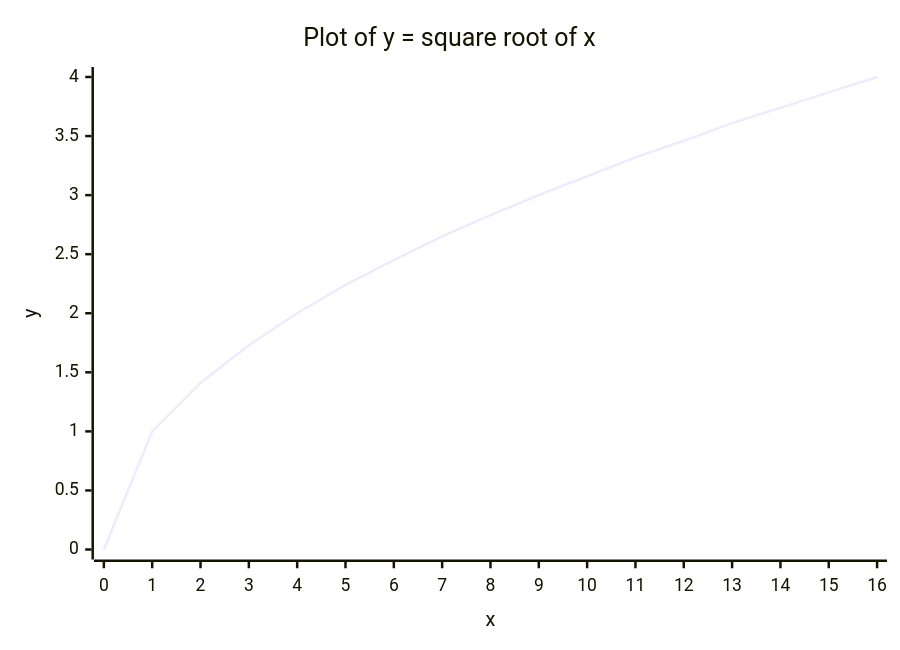
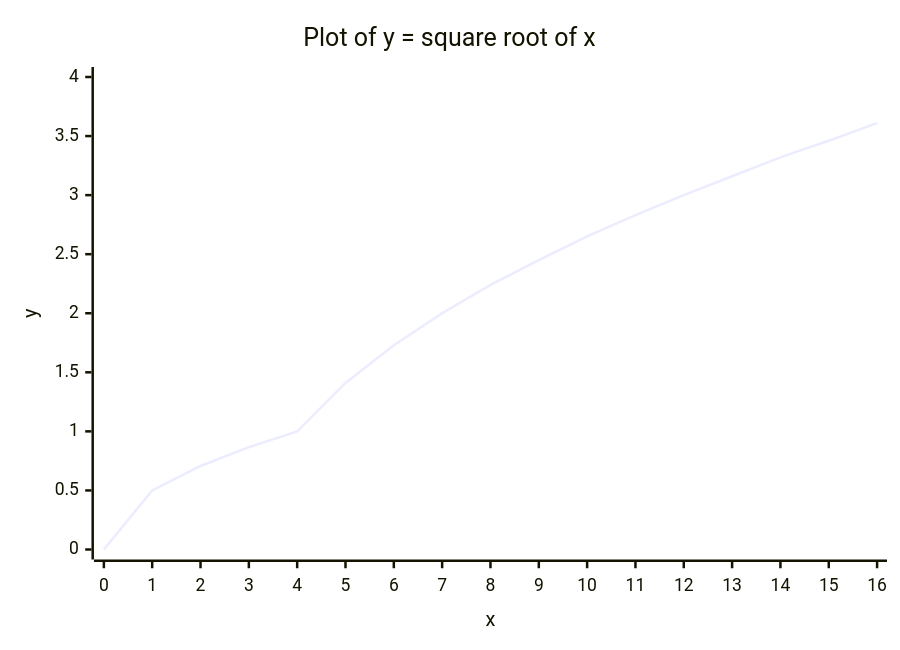
Before and after one commit to wayne-whitley/simple-initial-repository: the diagram in README.md, drawn with Mermaid. The commit also changed other lines of this file, not shown here.

````diff
--- a/README.md
+++ b/README.md
@@ -7,7 +7,7 @@
 ```mermaid
 xychart-beta
     title "Plot of y = square root of x"
     x-axis "x" [0, 1, 2, 3, 4, 5, 6, 7, 8, 9, 10, 11, 12, 13, 14, 15, 16]
     y-axis "y" 0 --> 4
-    line [0.0, 1.0, 1.41, 1.73, 2.0, 2.24, 2.45, 2.65, 2.83, 3.0, 3.16, 3.32, 3.46, 3.61, 3.74, 3.87, 4.0]
+    line [0, 0.5, 0.707, 0.866, 1.0, 1.41, 1.73, 2.0, 2.24, 2.45, 2.65, 2.83, 3.0, 3.16, 3.32, 3.46, 3.61, 3.74, 3.87, 4.0]
 ```
````
